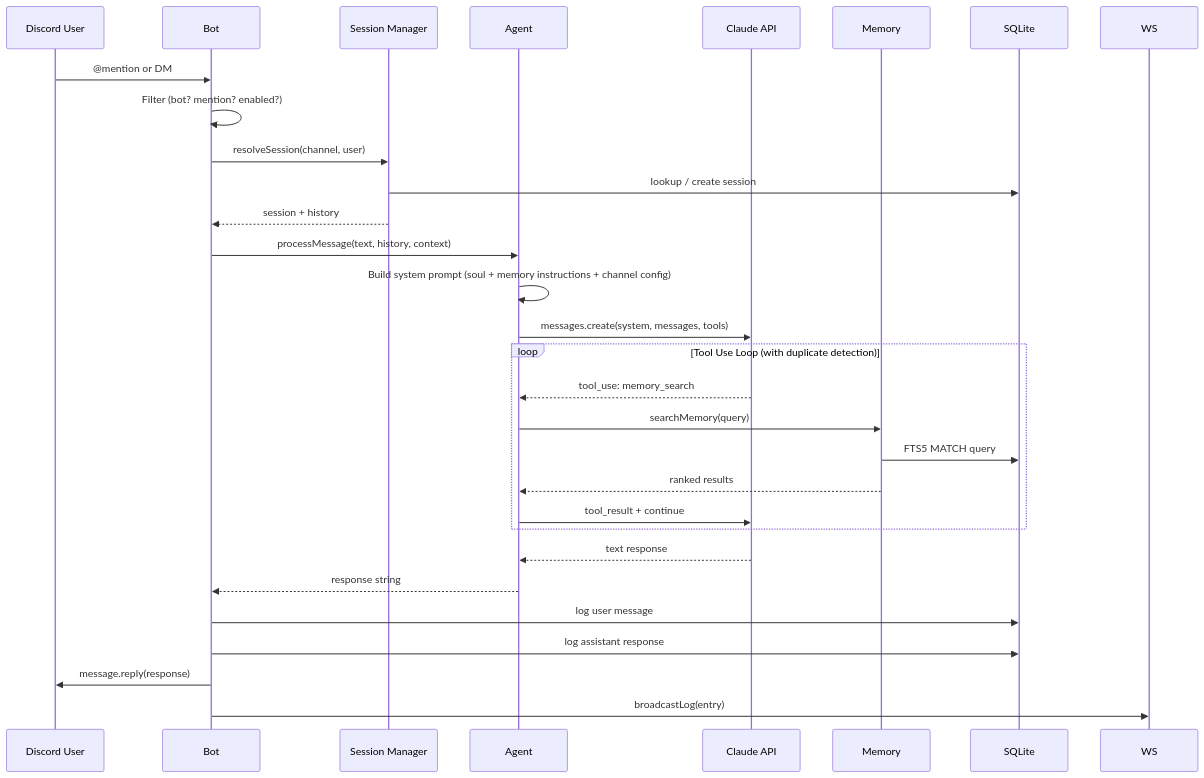
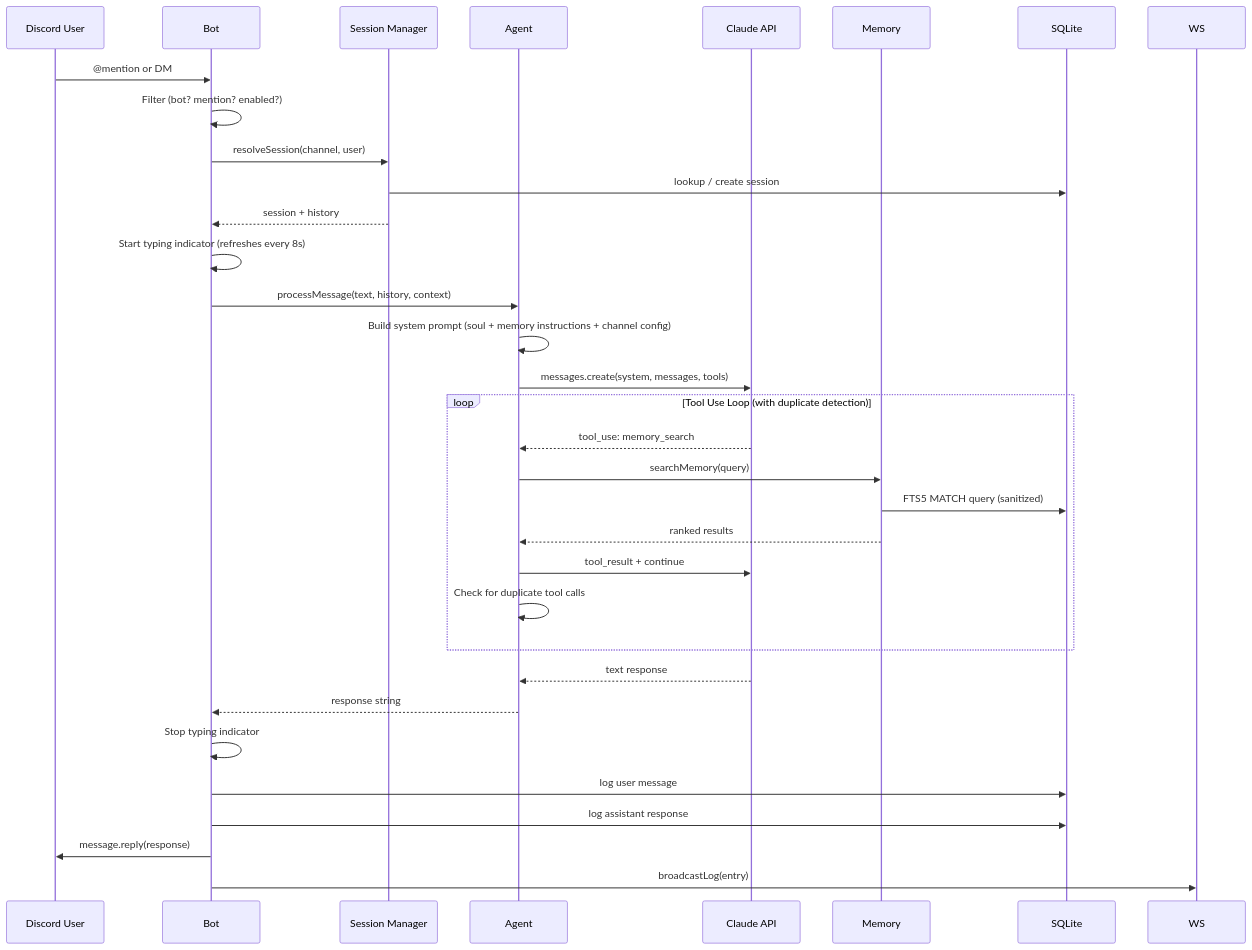
One commit to NaichuanZhang/discord-claw changed the second of 4 diagrams in README.md. Above: the diagram before and after it, drawn with Mermaid. The commit also changed other lines of this file, not shown here.

Commit message:
docs: update README for send_file, duplicate detection, persistent typing, restart safety

````diff
--- a/README.md
+++ b/README.md
@@ -83,36 +83,39 @@
 ```mermaid
 sequenceDiagram
     participant U as Discord User
     participant B as Bot
     participant S as Session Manager
     participant A as Agent
     participant C as Claude API
     participant M as Memory
     participant DB as SQLite
 
     U->>B: @mention or DM
     B->>B: Filter (bot? mention? enabled?)
     B->>S: resolveSession(channel, user)
     S->>DB: lookup / create session
     S-->>B: session + history
 
+    B->>B: Start typing indicator (refreshes every 8s)
     B->>A: processMessage(text, history, context)
     A->>A: Build system prompt (soul + memory instructions + channel config)
     A->>C: messages.create(system, messages, tools)
 
     loop Tool Use Loop (with duplicate detection)
         C-->>A: tool_use: memory_search
         A->>M: searchMemory(query)
-        M->>DB: FTS5 MATCH query
+        M->>DB: FTS5 MATCH query (sanitized)
         M-->>A: ranked results
         A->>C: tool_result + continue
+        A->>A: Check for duplicate tool calls
     end
 
     C-->>A: text response
     A-->>B: response string
 
+    B->>B: Stop typing indicator
     B->>DB: log user message
     B->>DB: log assistant response
     B->>U: message.reply(response)
     B->>WS: broadcastLog(entry)
 ```
````
